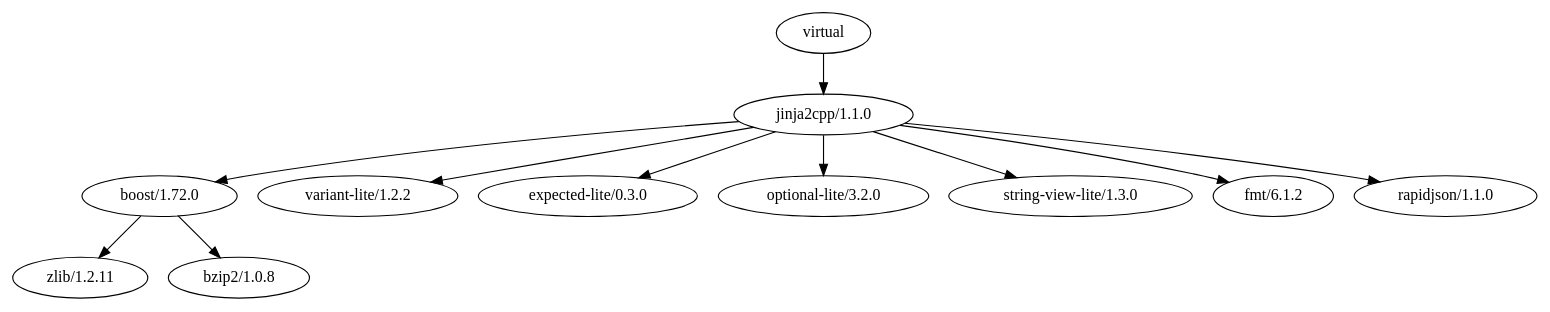
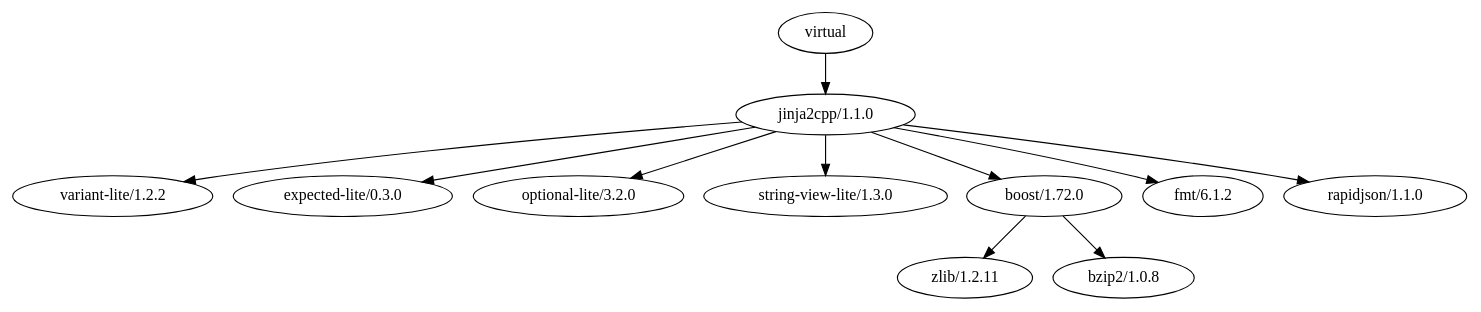
The diagram in info_graph_dot/conan101.dot (jgsogo/community-templates), drawn with Graphviz before and after one commit. The commit also changed other lines of this file and 4 other files, not shown here.

```diff
--- a/info_graph_dot/conan101.dot
+++ b/info_graph_dot/conan101.dot
@@ -1,12 +1,12 @@
 digraph {
-        "boost/1.72.0" -> "zlib/1.2.11"
-        "boost/1.72.0" -> "bzip2/1.0.8"
+        "virtual" -> "jinja2cpp/1.1.0"
         "jinja2cpp/1.1.0" -> "variant-lite/1.2.2"
         "jinja2cpp/1.1.0" -> "expected-lite/0.3.0"
         "jinja2cpp/1.1.0" -> "optional-lite/3.2.0"
         "jinja2cpp/1.1.0" -> "string-view-lite/1.3.0"
         "jinja2cpp/1.1.0" -> "boost/1.72.0"
         "jinja2cpp/1.1.0" -> "fmt/6.1.2"
         "jinja2cpp/1.1.0" -> "rapidjson/1.1.0"
-        "virtual" -> "jinja2cpp/1.1.0"
+        "boost/1.72.0" -> "zlib/1.2.11"
+        "boost/1.72.0" -> "bzip2/1.0.8"
 }
```
